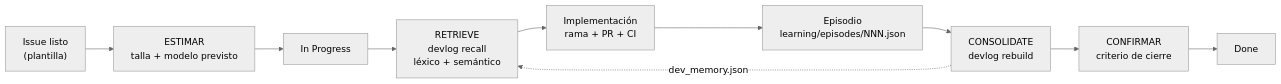
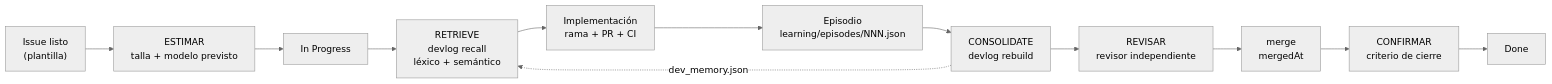
One commit to cherrera0001/Agents_Learning_Loops changed the tenth of 11 diagrams in README.md. Above: the diagram before and after it, drawn with Mermaid (neutral theme). The commit also changed 11 other files, not shown here.

````diff
--- a/README.md
+++ b/README.md
@@ -779,12 +779,14 @@
 ```mermaid
 flowchart LR
     I["Issue listo<br/>(plantilla)"] --> S["ESTIMAR<br/>talla + modelo previsto"]
     S --> P["In Progress"]
     P --> R["RETRIEVE<br/>devlog recall<br/>léxico + semántico"]
     R --> W["Implementación<br/>rama + PR + CI"]
     W --> E["Episodio<br/>learning/episodes/NNN.json"]
     E --> B["CONSOLIDATE<br/>devlog rebuild"]
-    B --> C["CONFIRMAR<br/>criterio de cierre"]
+    B --> V["REVISAR<br/>revisor independiente"]
+    V --> M["merge<br/>mergedAt"]
+    M --> C["CONFIRMAR<br/>criterio de cierre"]
     C --> D["Done"]
     B -. "dev_memory.json" .-> R
 ```
````
